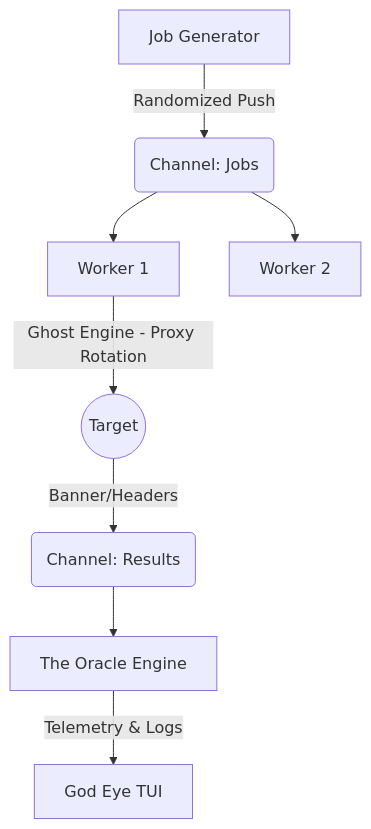
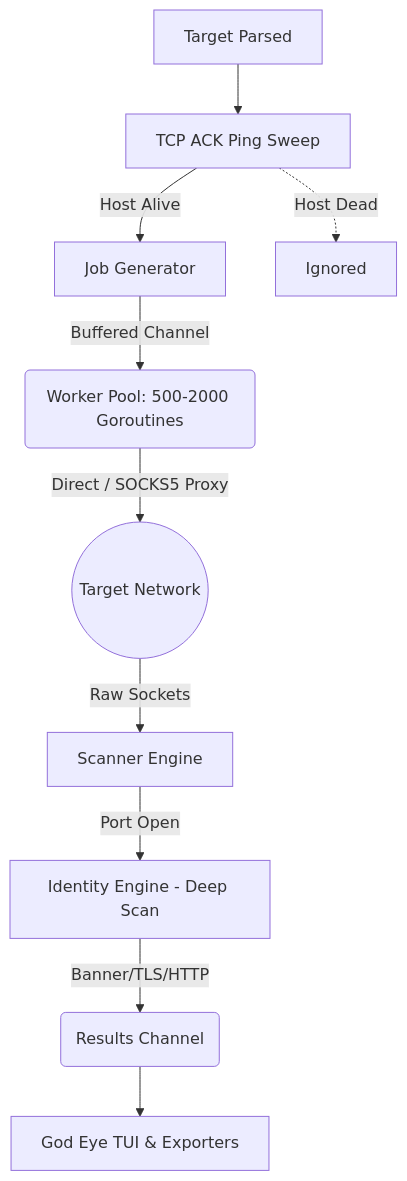
One commit to StaiLee/Argos changed the diagram in README.md. Above: the diagram before and after it, drawn with Mermaid. The commit also changed other lines of this file, not shown here.

````diff
--- a/README.md
+++ b/README.md
@@ -126,10 +126,12 @@
 ```mermaid
 graph TD;
-    Generator[Job Generator] -->|Randomized Push| Jobs(Channel: Jobs);
-    Jobs --> Worker1[Worker 1];
-    Jobs --> Worker2[Worker 2];
-    Worker1 -->|Ghost Engine - Proxy Rotation| Network((Target));
-    Network -->|Banner/Headers| Results(Channel: Results);
-    Results --> Oracle[The Oracle Engine];
-    Oracle -->|Telemetry & Logs| Dashboard[God Eye TUI];
+    Config[Target Parsed] --> Ping[TCP ACK Ping Sweep];
+    Ping -->|Host Alive| Feeder[Job Generator];
+    Ping -.->|Host Dead| Dropped[Ignored];
+    Feeder -->|Buffered Channel| Workers(Worker Pool: 500-2000 Goroutines);
+    Workers -->|Direct / SOCKS5 Proxy| Target((Target Network));
+    Target -->|Raw Sockets| Scanner[Scanner Engine];
+    Scanner -->|Port Open| Identity[Identity Engine - Deep Scan];
+    Identity -->|Banner/TLS/HTTP| Results(Results Channel);
+    Results --> Dashboard[God Eye TUI & Exporters];
 ```
````
